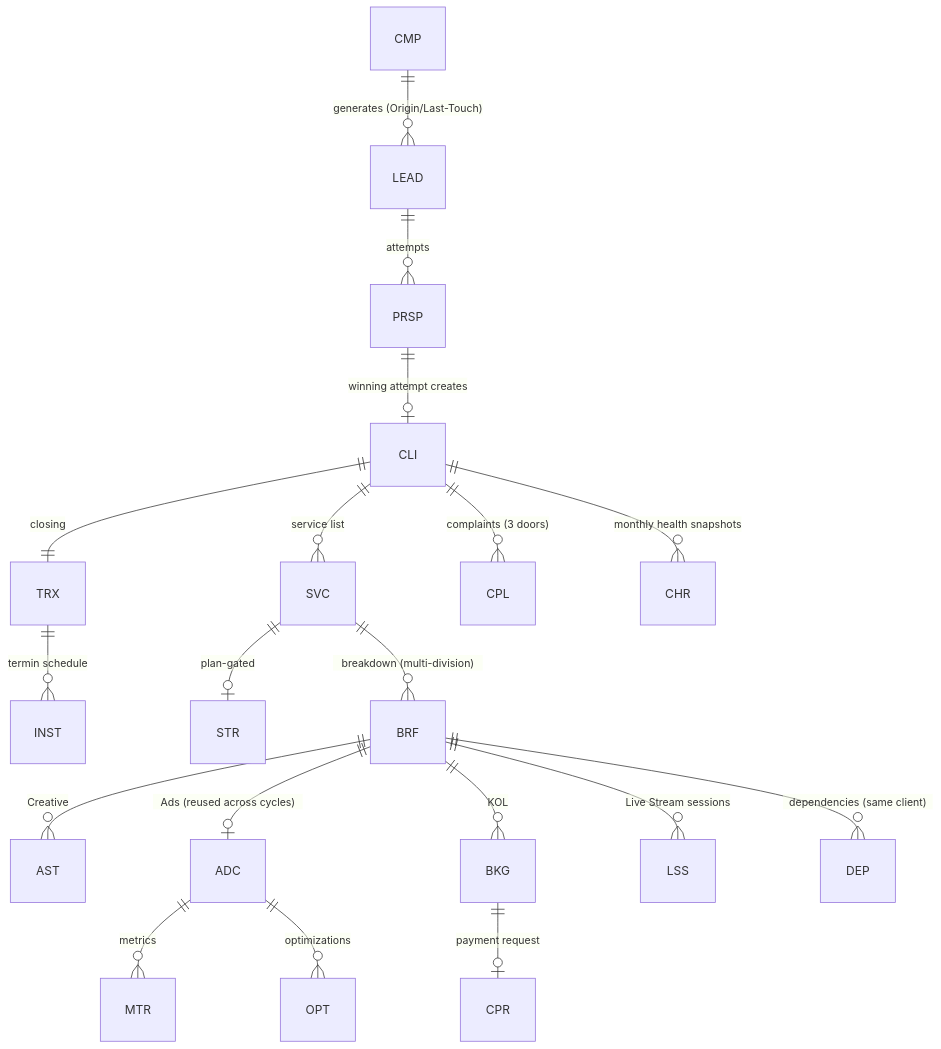
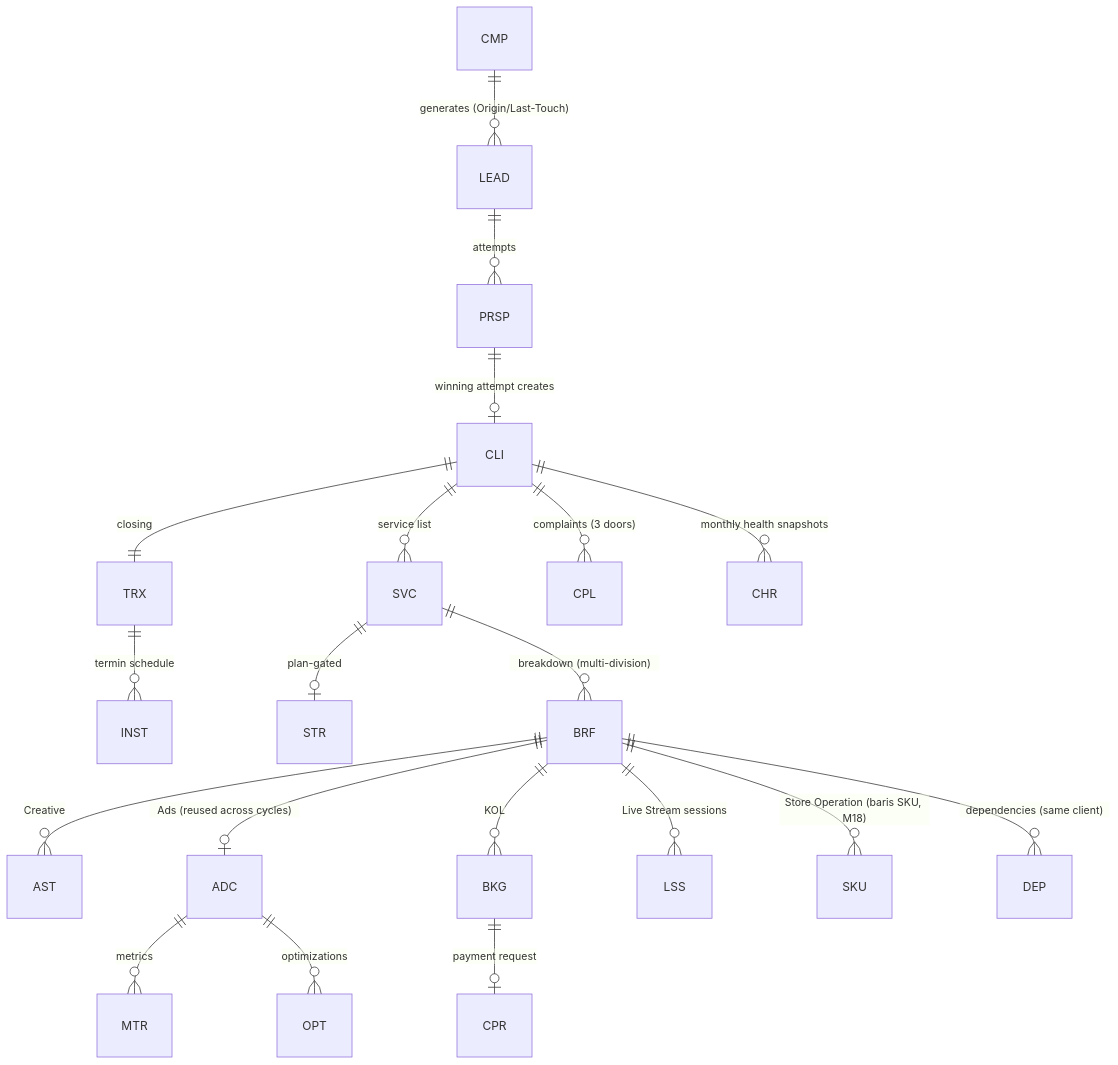
Before and after one commit to MEAgrup/AgencyAPP: the diagram in docs/DATA_MODEL.md, drawn with Mermaid. The commit also changed other lines of this file and 11 other files, not shown here.

````diff
--- a/docs/DATA_MODEL.md
+++ b/docs/DATA_MODEL.md
@@ -80,21 +82,22 @@
 ```mermaid
 erDiagram
     CMP ||--o{ LEAD : "generates (Origin/Last-Touch)"
     LEAD ||--o{ PRSP : "attempts"
     PRSP ||--o| CLI : "winning attempt creates"
     CLI ||--|| TRX : "closing"
     TRX ||--o{ INST : "termin schedule"
     CLI ||--o{ SVC : "service list"
     SVC ||--o| STR : "plan-gated"
     SVC ||--o{ BRF : "breakdown (multi-division)"
     BRF ||--o{ AST : "Creative"
     BRF ||--o| ADC : "Ads (reused across cycles)"
     ADC ||--o{ MTR : "metrics"
     ADC ||--o{ OPT : "optimizations"
     BRF ||--o{ BKG : "KOL"
     BKG ||--o| CPR : "payment request"
     BRF ||--o{ LSS : "Live Stream sessions"
+    BRF ||--o{ SKU : "Store Operation (baris SKU, M18)"
     BRF ||--o{ DEP : "dependencies (same client)"
     CLI ||--o{ CPL : "complaints (3 doors)"
     CLI ||--o{ CHR : "monthly health snapshots"
 ```
````
